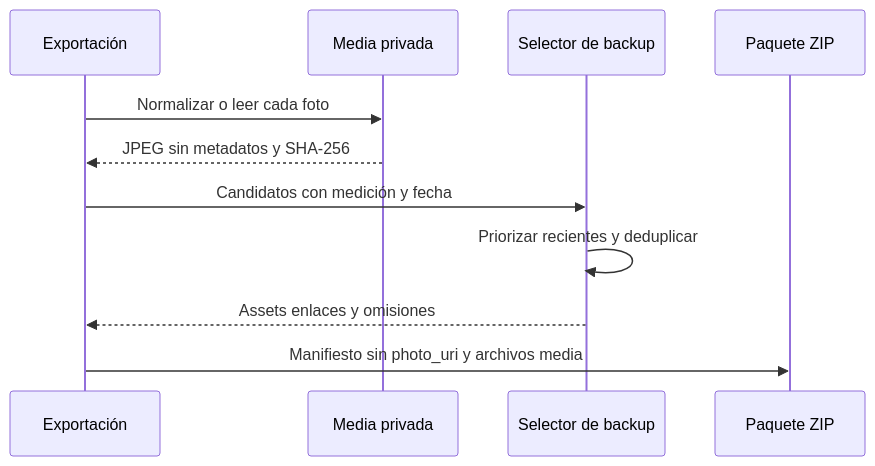
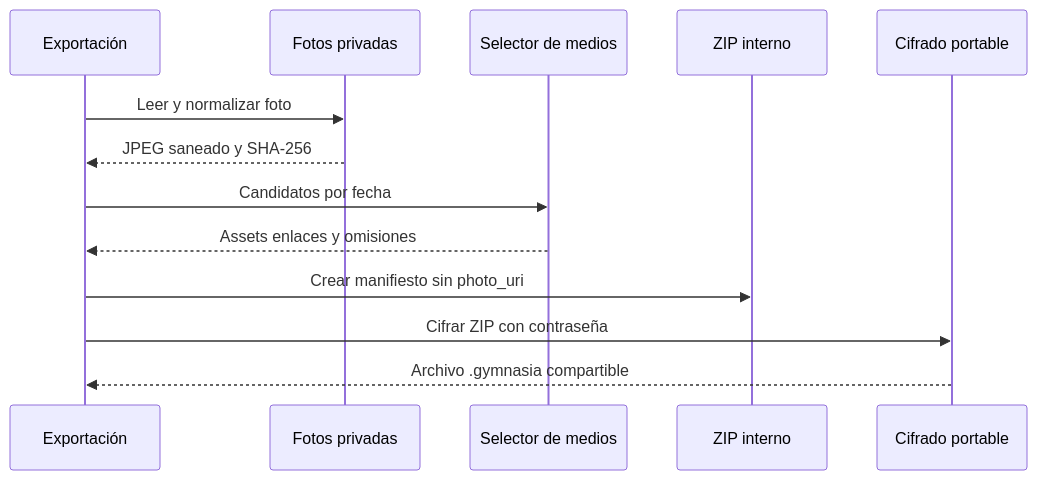
The second of 2 diagrams in openwiki/mobile/measurements.md (maximofn/gymnasia), drawn with Mermaid before and after one commit. The commit also changed other lines of this file and 50 other files, not shown here.

````diff
--- a/openwiki/mobile/measurements.md
+++ b/openwiki/mobile/measurements.md
@@ -93,13 +89,15 @@
 ```mermaid
 sequenceDiagram
     participant UI as Exportación
-    participant Media as Media privada
-    participant Select as Selector de backup
-    participant ZIP as Paquete ZIP
-    UI->>Media: Normalizar o leer cada foto
-    Media-->>UI: JPEG sin metadatos y SHA-256
-    UI->>Select: Candidatos con medición y fecha
-    Select->>Select: Priorizar recientes y deduplicar
-    Select-->>UI: Assets enlaces y omisiones
-    UI->>ZIP: Manifiesto sin photo_uri y archivos media
+    participant Media as Fotos privadas
+    participant Selector as Selector de medios
+    participant ZIP as ZIP interno
+    participant Cifrado as Cifrado portable
+    UI->>Media: Leer y normalizar foto
+    Media-->>UI: JPEG saneado y SHA-256
+    UI->>Selector: Candidatos por fecha
+    Selector-->>UI: Assets enlaces y omisiones
+    UI->>ZIP: Crear manifiesto sin photo_uri
+    UI->>Cifrado: Cifrar ZIP con contraseña
+    Cifrado-->>UI: Archivo .gymnasia compartible
 ```
````
